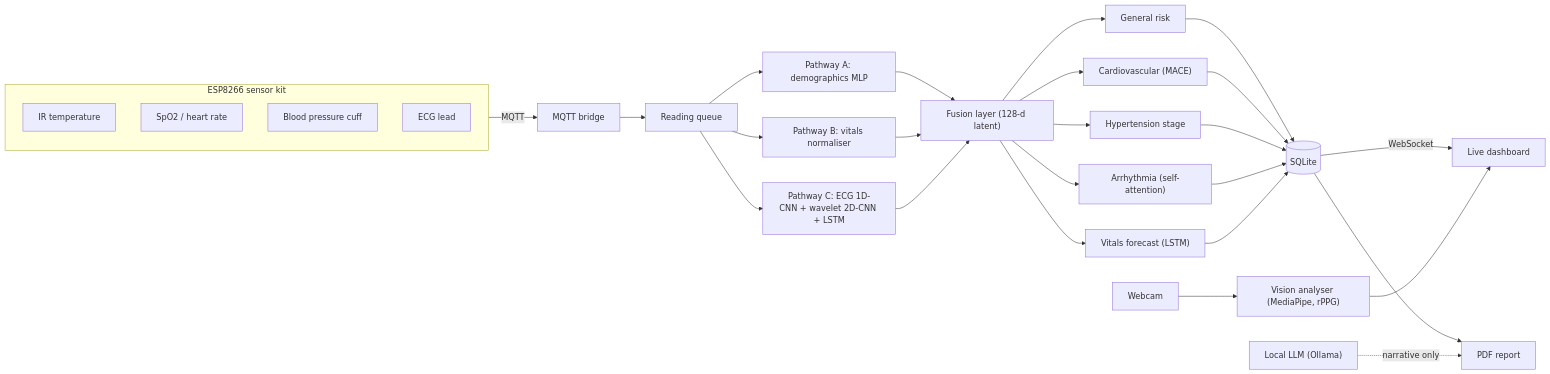
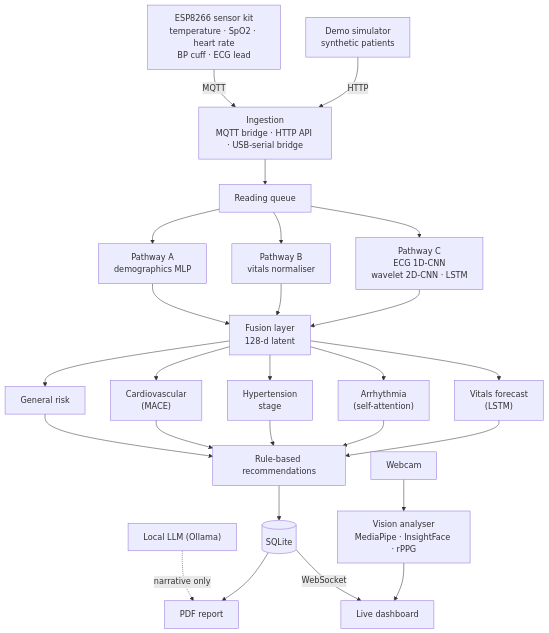
Before and after one commit to Zayed-Makandar/Edge-AI-Health-Monitor: the first of 2 diagrams in README.md, drawn with Mermaid. The commit also changed other lines of this file and 8 other files, not shown here.

Commit message:
Rebuild showcase: measured model size and CPU latency, demo screenshots, diagrams

````diff
--- a/README.md
+++ b/README.md
@@ -45,27 +48,23 @@
 ```mermaid
-flowchart LR
-    subgraph Device["ESP8266 sensor kit"]
-        T["IR temperature"]
-        S["SpO2 / heart rate"]
-        B["Blood pressure cuff"]
-        E["ECG lead"]
-    end
-    Device -->|MQTT| Bridge["MQTT bridge"]
-    Bridge --> Queue["Reading queue"]
-    Queue --> A["Pathway A: demographics MLP"]
-    Queue --> V["Pathway B: vitals normaliser"]
-    Queue --> C["Pathway C: ECG 1D-CNN + wavelet 2D-CNN + LSTM"]
-    A --> F["Fusion layer (128-d latent)"]
+flowchart TB
+    Kit["ESP8266 sensor kit<br/>temperature · SpO2 · heart rate<br/>BP cuff · ECG lead"] -->|"MQTT"| Ingest["Ingestion<br/>MQTT bridge · HTTP API · USB-serial bridge"]
+    Sim["Demo simulator<br/>synthetic patients"] -->|"HTTP"| Ingest
+    Ingest --> Queue["Reading queue"]
+    Queue --> A["Pathway A<br/>demographics MLP"]
+    Queue --> V["Pathway B<br/>vitals normaliser"]
+    Queue --> C["Pathway C<br/>ECG 1D-CNN<br/>wavelet 2D-CNN · LSTM"]
+    A --> F["Fusion layer<br/>128-d latent"]
     V --> F
     C --> F
     F --> R1["General risk"]
-    F --> R2["Cardiovascular (MACE)"]
-    F --> R3["Hypertension stage"]
-    F --> R4["Arrhythmia (self-attention)"]
-    F --> R5["Vitals forecast (LSTM)"]
-    R1 & R2 & R3 & R4 & R5 --> DB[("SQLite")]
-    DB -->|WebSocket| UI["Live dashboard"]
-    DB --> PDF["PDF report"]
-    LLM["Local LLM (Ollama)"] -.->|"narrative only"| PDF
-    Cam["Webcam"] --> Vision["Vision analyser (MediaPipe, rPPG)"] --> UI
+    F --> R2["Cardiovascular<br/>(MACE)"]
+    F --> R3["Hypertension<br/>stage"]
+    F --> R4["Arrhythmia<br/>(self-attention)"]
+    F --> R5["Vitals forecast<br/>(LSTM)"]
+    R1 & R2 & R3 & R4 & R5 --> Rules["Rule-based recommendations"]
+    Rules --> DB[("SQLite")]
+    LLM["Local LLM (Ollama)"] -.->|"narrative only"| PDF["PDF report"]
+    DB --> PDF
+    DB -->|"WebSocket"| UI["Live dashboard"]
+    Cam["Webcam"] --> Vision["Vision analyser<br/>MediaPipe · InsightFace · rPPG"] --> UI
 ```
````
